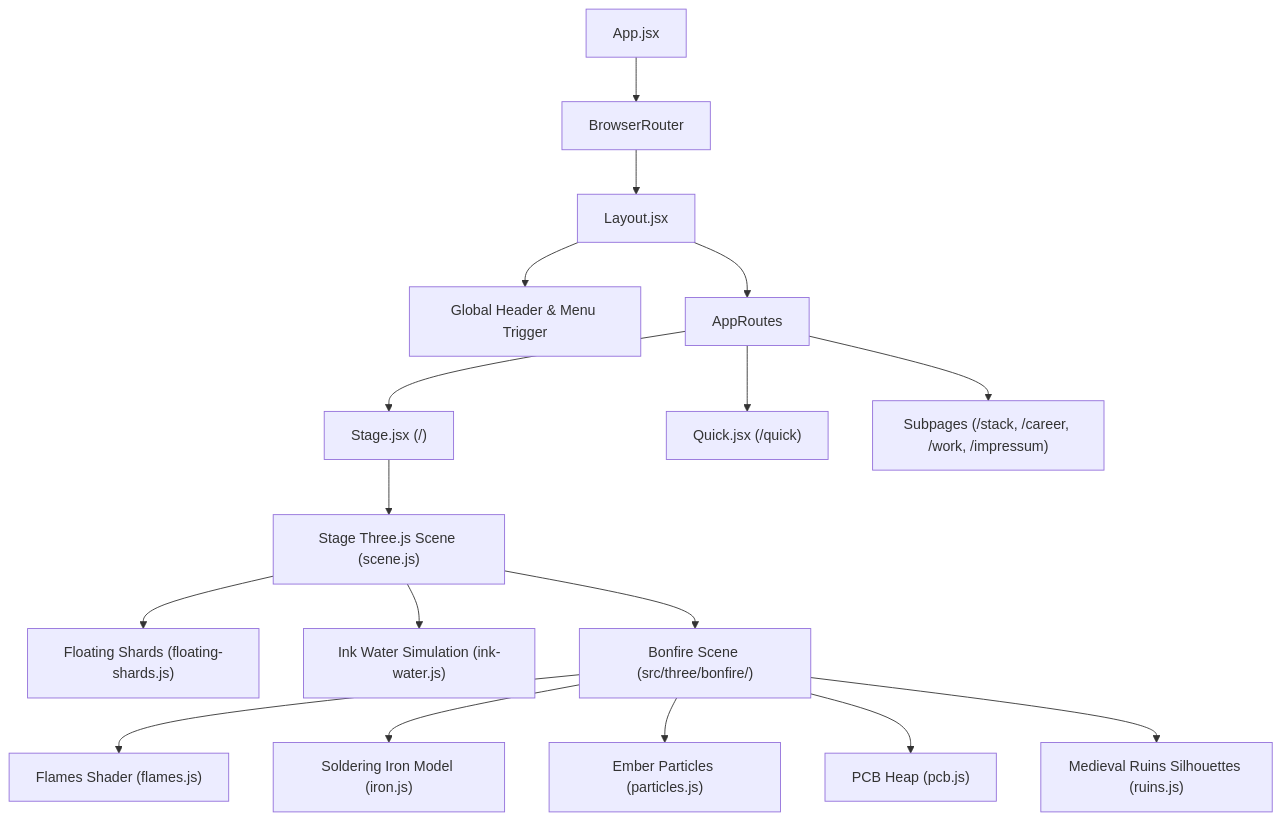
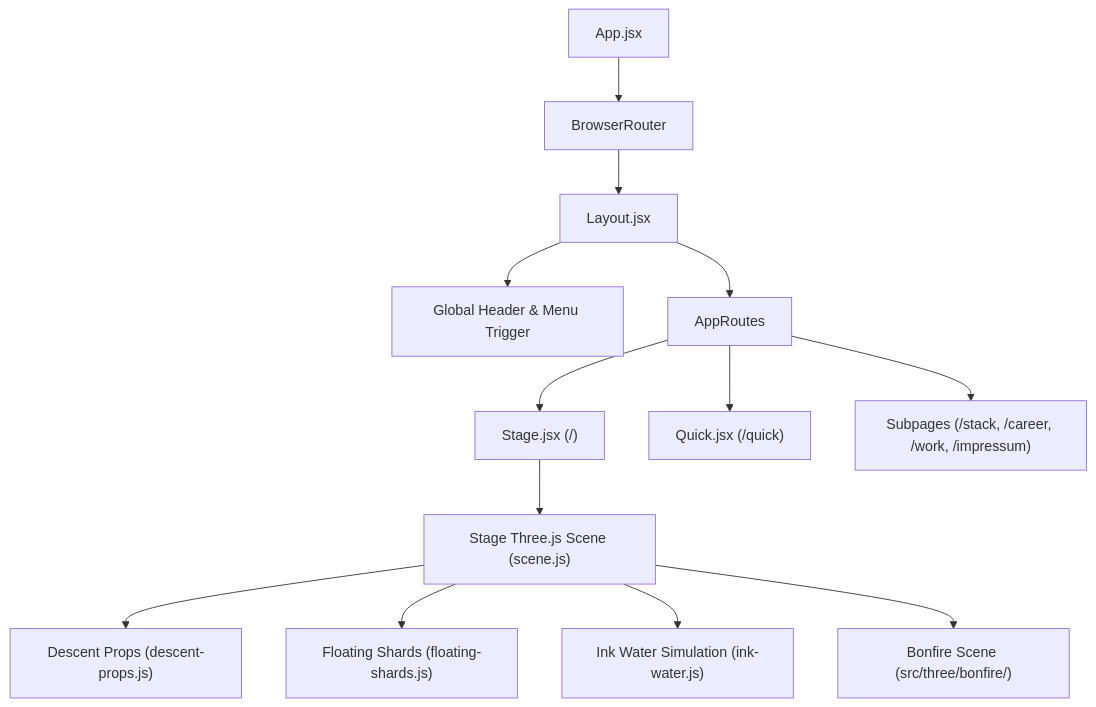
One commit to Ri4ards2006/richardzuikov.com changed the diagram in docs/ARCHITECTURE.md. Above: the diagram before and after it, drawn with Mermaid. The commit also changed other lines of this file and 5 other files, not shown here.

Commit message:
docs(arch): add architecture canon, prop postmortems, and ADRs 0001-0004 (AP2)

````diff
--- a/docs/ARCHITECTURE.md
+++ b/docs/ARCHITECTURE.md
@@ -14,21 +14,16 @@
 ```mermaid
 graph TD
   App[App.jsx] --> Router[BrowserRouter]
   Router --> Layout[Layout.jsx]
   Layout --> Header[Global Header & Menu Trigger]
   Layout --> AppRoutes[AppRoutes]
   AppRoutes --> Stage["Stage.jsx (/)"]
   AppRoutes --> Quick["Quick.jsx (/quick)"]
   AppRoutes --> Subpages["Subpages (/stack, /career, /work, /impressum)"]
 
   Stage --> StageScene["Stage Three.js Scene (scene.js)"]
+  StageScene --> DescentProps["Descent Props (descent-props.js)"]
   StageScene --> FloatingShards["Floating Shards (floating-shards.js)"]
   StageScene --> InkWater["Ink Water Simulation (ink-water.js)"]
   StageScene --> BonfireModule["Bonfire Scene (src/three/bonfire/)"]
-
-  BonfireModule --> Flames["Flames Shader (flames.js)"]
-  BonfireModule --> Iron["Soldering Iron Model (iron.js)"]
-  BonfireModule --> Embers["Ember Particles (particles.js)"]
-  BonfireModule --> PCB["PCB Heap (pcb.js)"]
-  BonfireModule --> Ruins["Medieval Ruins Silhouettes (ruins.js)"]
 ```
````
